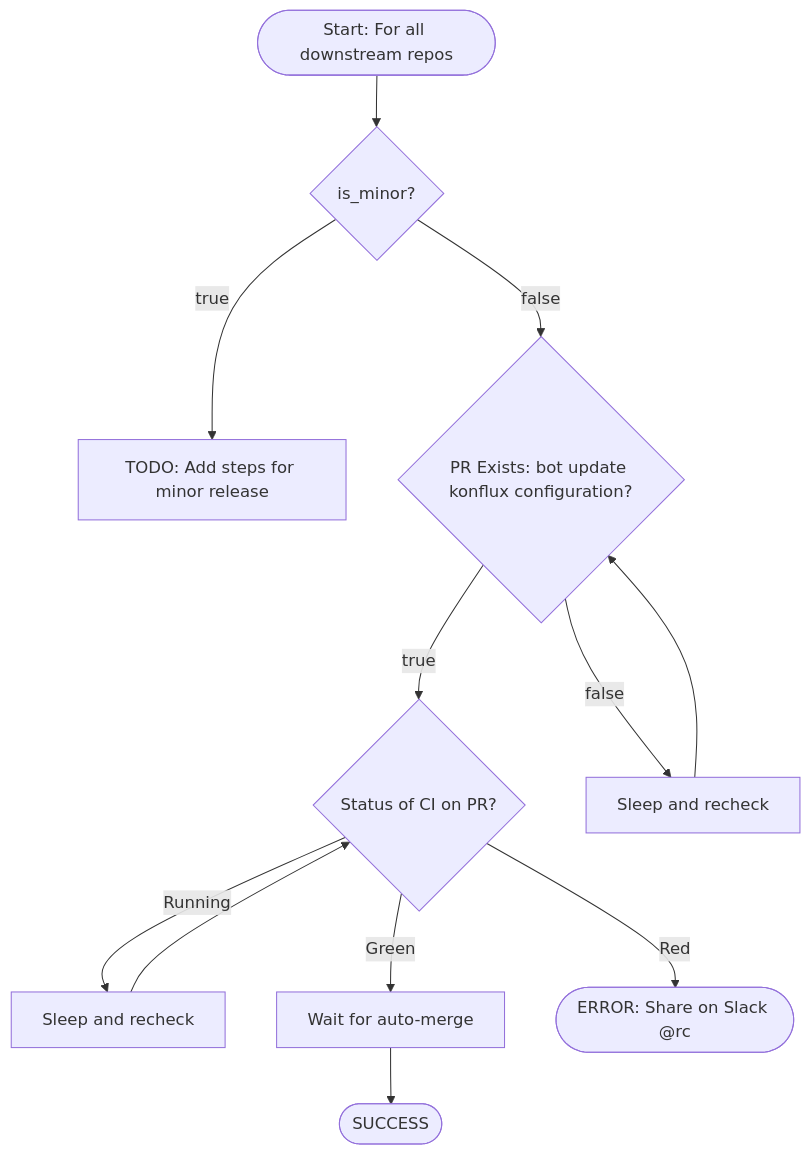
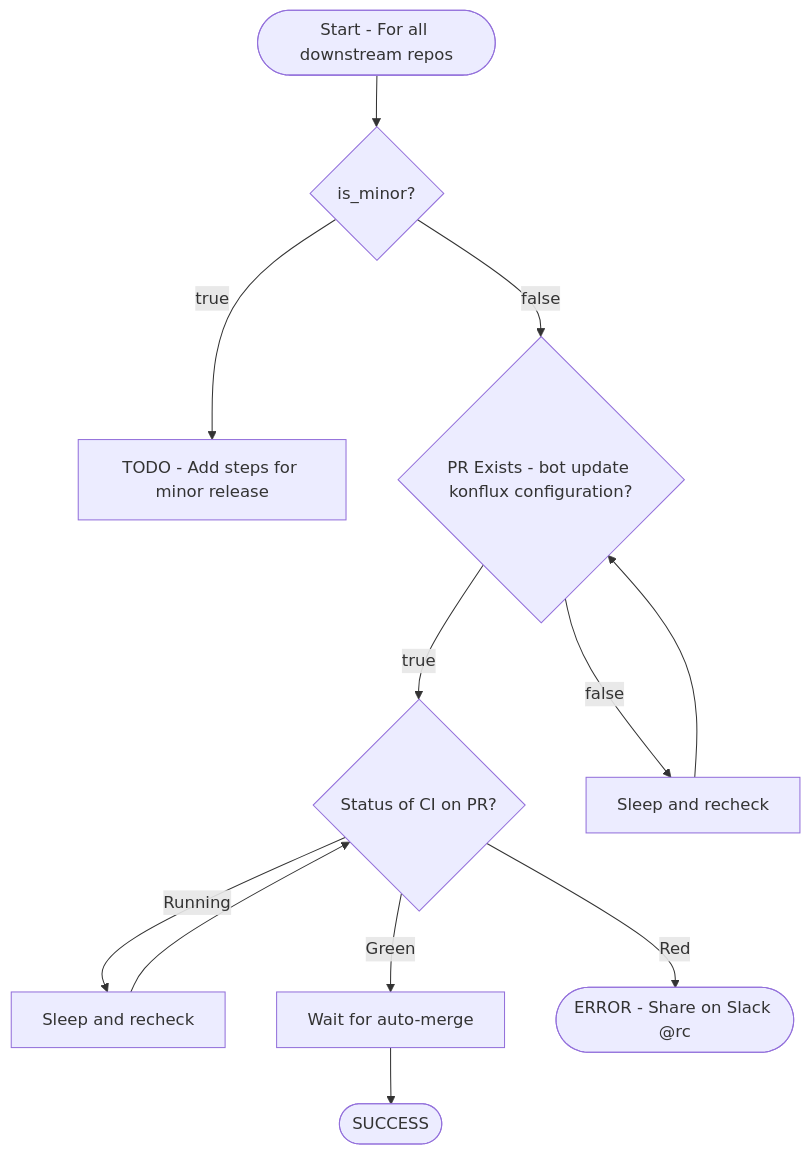
Before and after one commit to theakshaypant/osp-rc-tools: the sixth of 20 diagrams in cra/Release Steps.md, drawn with Mermaid. The commit also changed other lines of this file, not shown here.

Commit message:
docs(CRA): vibed missing steps

````diff
--- a/cra/Release Steps.md
+++ b/cra/Release Steps.md
@@ -159,18 +178,18 @@
 ```mermaid
 flowchart TD
-    ds_repos([Start: For all downstream repos]) --> check_is_minor{is_minor?}
+    ds_repos([Start - For all downstream repos]) --> check_is_minor{is_minor?}
 
-    check_is_minor -->|true| minor[TODO: Add steps for minor release]
-    check_is_minor -->|false| pr_exists{"PR Exists: bot update konflux configuration?"}
+    check_is_minor -->|true| minor[TODO - Add steps for minor release]
+    check_is_minor -->|false| pr_exists{"PR Exists - bot update konflux configuration?"}
 
     pr_exists -->|true| check_ci_status{Status of CI on PR?}
     pr_exists -->|false| wait_pr[Sleep and recheck]
     wait_pr --> pr_exists
 
     check_ci_status -->|Running| wait_ci[Sleep and recheck]
     wait_ci --> check_ci_status
     check_ci_status -->|Green| merge[Wait for auto-merge]
-    check_ci_status -->|Red| ERROR([ERROR: Share on Slack @rc])
+    check_ci_status -->|Red| ERROR([ERROR - Share on Slack @rc])
 
     merge --> SUCCESS([SUCCESS])
 ```
````
